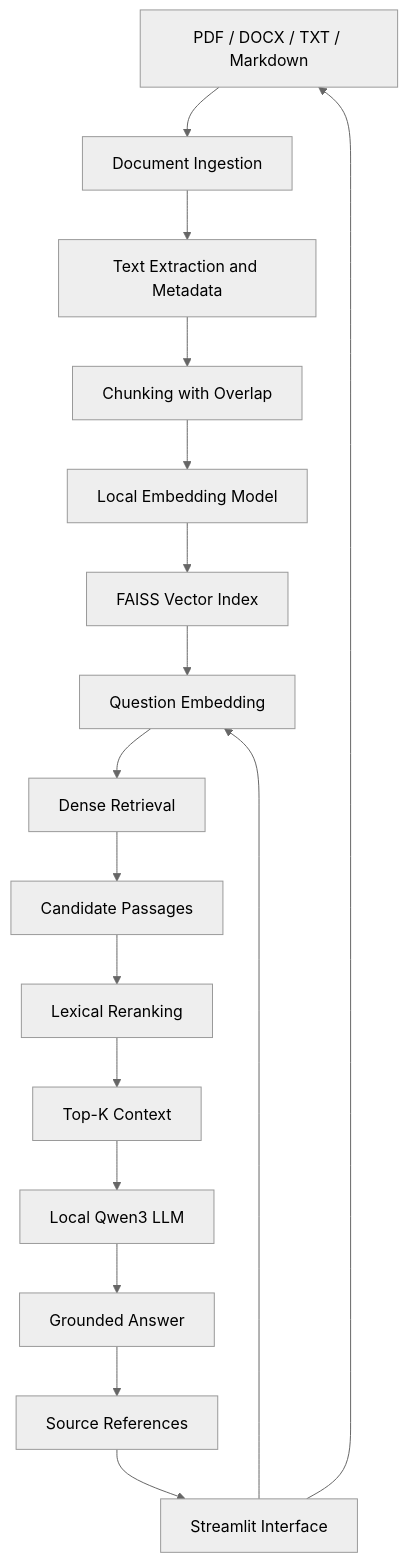
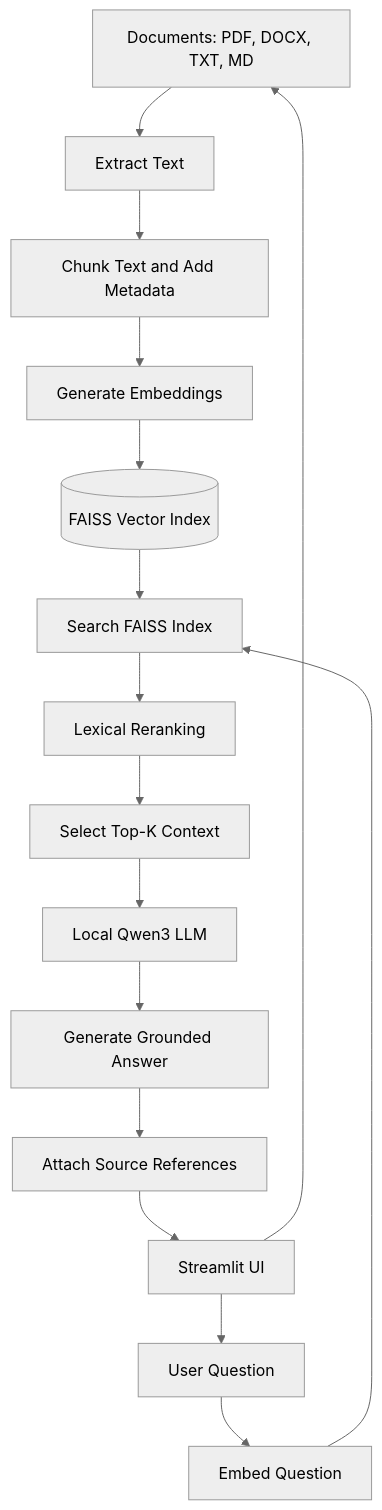
The diagram in README.md (Arjun-08/vault-rag), drawn with Mermaid (neutral theme) before and after one commit. The commit also changed other lines of this file, not shown here.

Commit message:
Revise equations and flowchart for clarity
Updated mathematical notation and flowchart in README.

````diff
--- a/README.md
+++ b/README.md
@@ -61,20 +60,20 @@
 ```mermaid
 flowchart TD
-    A[PDF / DOCX / TXT / Markdown] --> B[Document Ingestion]
-    B --> C[Text Extraction and Metadata]
-    C --> D[Chunking with Overlap]
-    D --> E[Local Embedding Model]
-    E --> F[FAISS Vector Index]
-    F --> G[Question Embedding]
-    G --> H[Dense Retrieval]
-    H --> I[Candidate Passages]
-    I --> J[Lexical Reranking]
-    J --> K[Top-K Context]
-    K --> L[Local Qwen3 LLM]
-    L --> M[Grounded Answer]
-    M --> N[Source References]
+    A["Documents: PDF, DOCX, TXT, MD"] --> B["Extract Text"]
+    B --> C["Chunk Text and Add Metadata"]
+    C --> D["Generate Embeddings"]
+    D --> E[("FAISS Vector Index")]
 
-    O[Streamlit Interface] --> A
-    O --> G
-    N --> O
+    F["User Question"] --> G["Embed Question"]
+    G --> H["Search FAISS Index"]
+    E --> H
+    H --> I["Lexical Reranking"]
+    I --> J["Select Top-K Context"]
+    J --> K["Local Qwen3 LLM"]
+    K --> L["Generate Grounded Answer"]
+    L --> M["Attach Source References"]
+
+    N["Streamlit UI"] --> A
+    N --> F
+    M --> N
 ```
````
